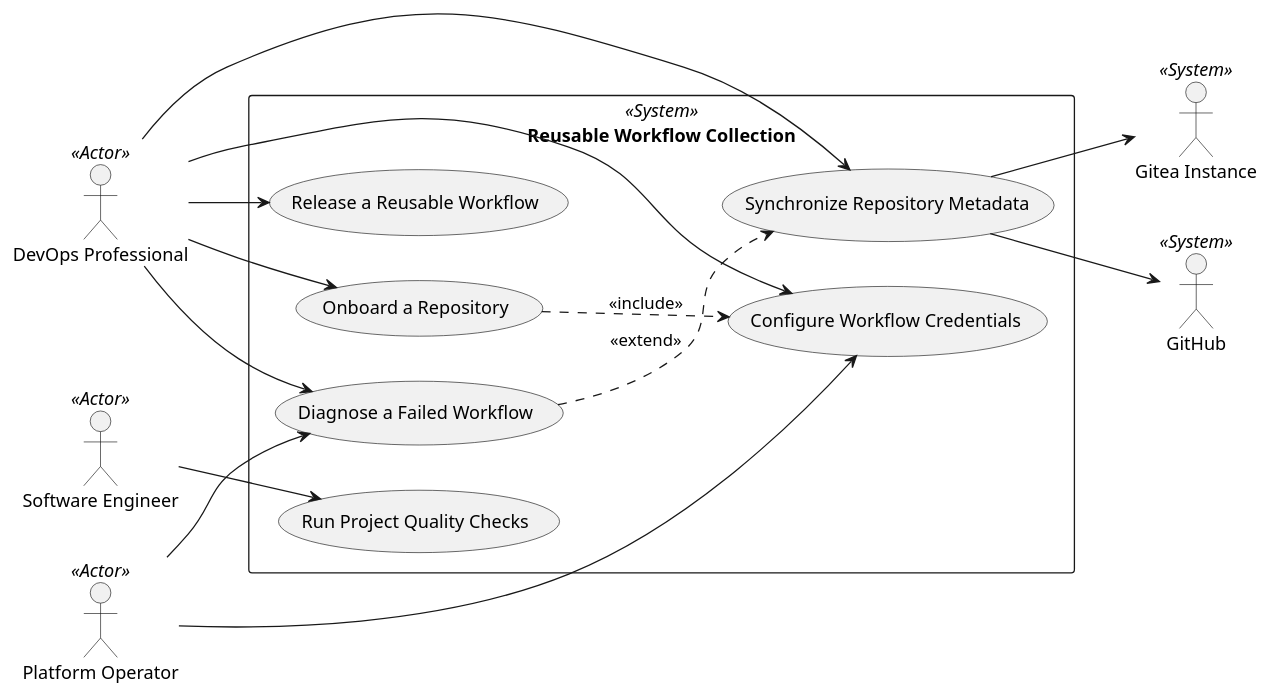
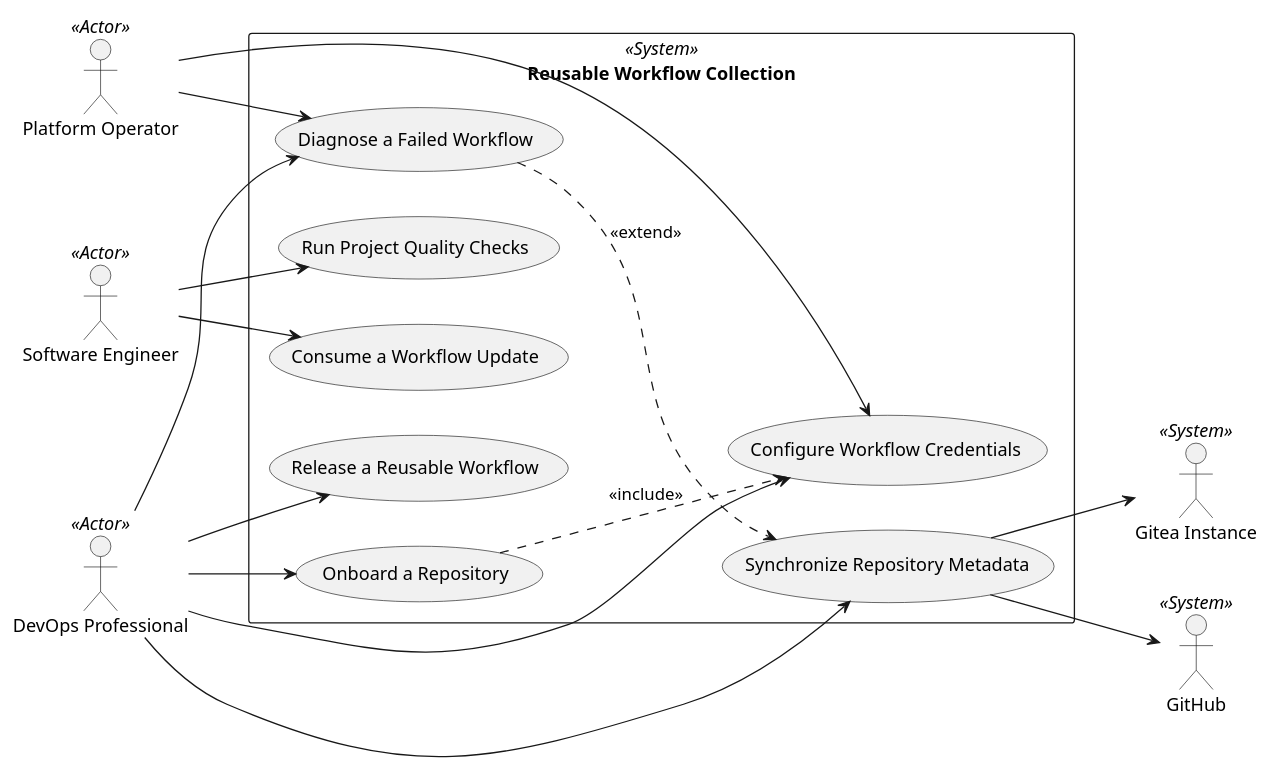
One commit to TirSystem/git-workflows changed the diagram in docs/use-case-diagram.md. Above: the diagram before and after it, drawn with PlantUML. The commit also changed other lines of this file and 17 other files, not shown here.

First line of the commit message:
Add the upgrade guide and the use case Consume a Workflow Update

````diff
--- a/docs/use-case-diagram.md
+++ b/docs/use-case-diagram.md
@@ -30,34 +30,36 @@
 ```plantuml
 @startuml
 left to right direction
 skinparam packageStyle rectangle
 
 actor "DevOps Professional" as DevOps <<Actor>>
 actor "Platform Operator" as Operator <<Actor>>
 actor "Software Engineer" as Engineer <<Actor>>
 actor "Gitea Instance" as Gitea <<System>>
 actor "GitHub" as GitHub <<System>>
 
 rectangle "Reusable Workflow Collection" <<System>> {
   usecase "Synchronize Repository Metadata" as UC1
   usecase "Configure Workflow Credentials" as UC2
   usecase "Onboard a Repository" as UC3
   usecase "Diagnose a Failed Workflow" as UC4
   usecase "Run Project Quality Checks" as UC5
   usecase "Release a Reusable Workflow" as UC6
+  usecase "Consume a Workflow Update" as UC7
 }
 
 DevOps --> UC1
 DevOps --> UC2
 DevOps --> UC3
 DevOps --> UC4
 DevOps --> UC6
 Operator --> UC2
 Operator --> UC4
 Engineer --> UC5
+Engineer --> UC7
 UC1 --> Gitea
 UC1 --> GitHub
 UC3 ..> UC2 : <<include>>
 UC4 ..> UC1 : <<extend>>
 @enduml
 ```
````
